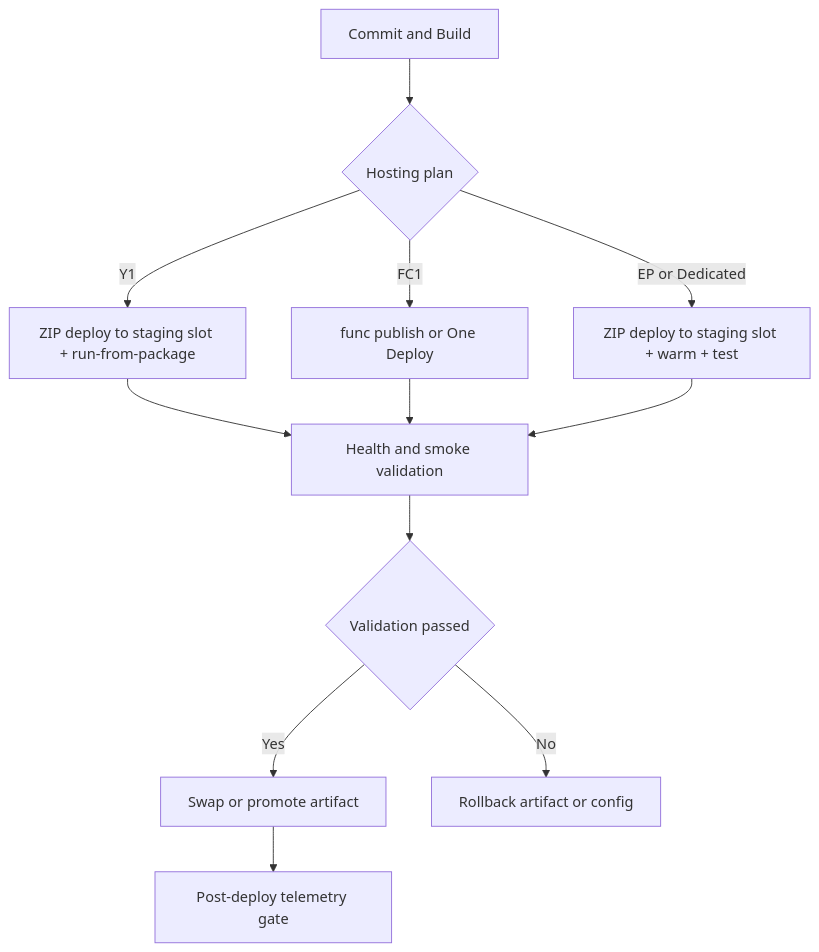
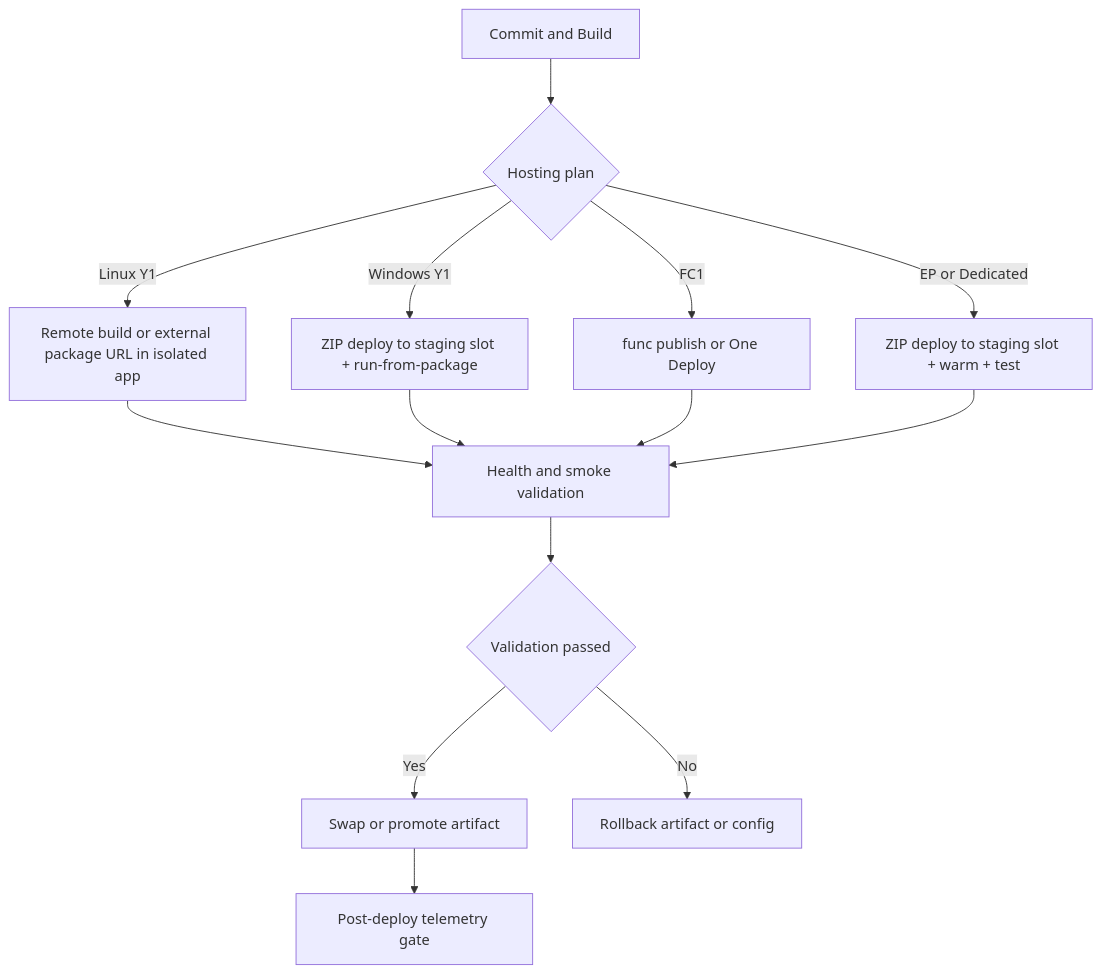
One commit to yeongseon/azure-functions-practical-guide changed the third of 3 diagrams in docs/best-practices/deployment.md. Above: the diagram before and after it, drawn with Mermaid. The commit also changed other lines of this file and 26 other files, not shown here.

````diff
--- a/docs/best-practices/deployment.md
+++ b/docs/best-practices/deployment.md
@@ -331,14 +335,16 @@
 ```mermaid
 flowchart TD
     A[Commit and Build] --> B{Hosting plan}
-    B -->|Y1| C[ZIP deploy to staging slot + run-from-package]
+    B -->|Windows Y1| C[ZIP deploy to staging slot + run-from-package]
+    B -->|Linux Y1| L[Remote build or external package URL in isolated app]
+    L --> F
     B -->|FC1| D[func publish or One Deploy]
     B -->|EP or Dedicated| E[ZIP deploy to staging slot + warm + test]
     C --> F[Health and smoke validation]
     D --> F
     E --> F
     F --> G{Validation passed}
     G -->|Yes| H[Swap or promote artifact]
     G -->|No| I[Rollback artifact or config]
     H --> J[Post-deploy telemetry gate]
 ```
````
